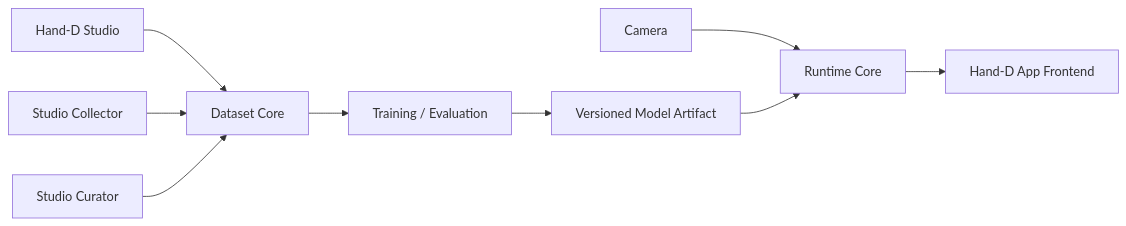
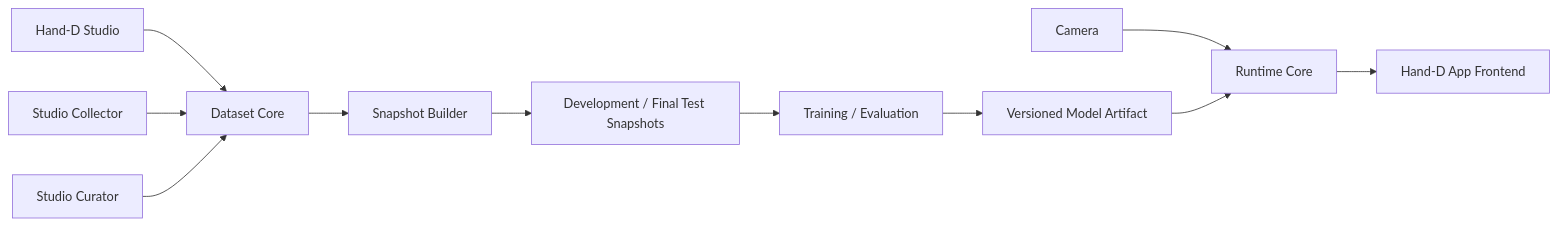
The first of 2 diagrams in docs/reference/architecture.md (Abyss-Jc/Hand-D), drawn with Mermaid before and after one commit. The commit also changed other lines of this file and 4 other files, not shown here.

````diff
--- a/docs/reference/architecture.md
+++ b/docs/reference/architecture.md
@@ -49,13 +49,15 @@
 ```mermaid
 flowchart LR
     CAM[Camera] --> RT[Runtime Core]
     RT --> UI[Hand-D App Frontend]
 
     STUDIO[Hand-D Studio] --> DATA[Dataset Core]
-    DATA --> TRAIN[Training / Evaluation]
+    DATA --> SB[Snapshot Builder]
+    SB --> SNAP[Development / Final Test Snapshots]
+    SNAP --> TRAIN[Training / Evaluation]
     TRAIN --> MODEL[Versioned Model Artifact]
     MODEL --> RT
 
     COLLECT[Studio Collector] --> DATA
     CURATE[Studio Curator] --> DATA
 ```
````
